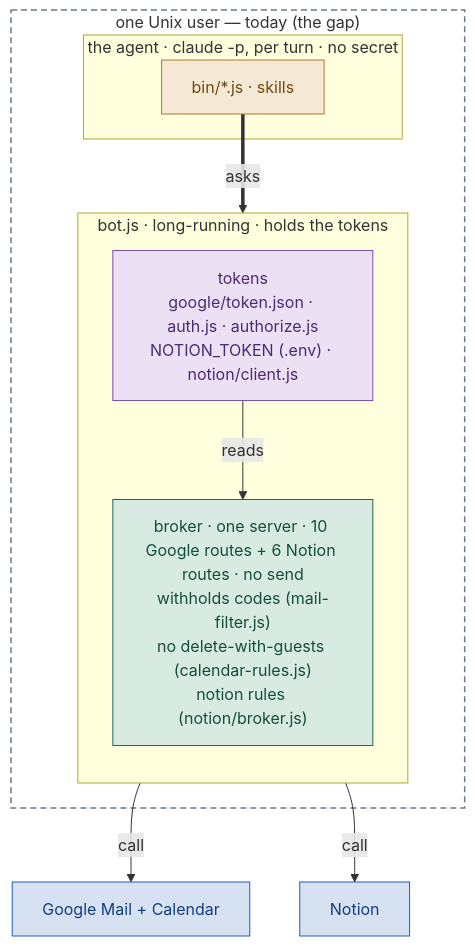
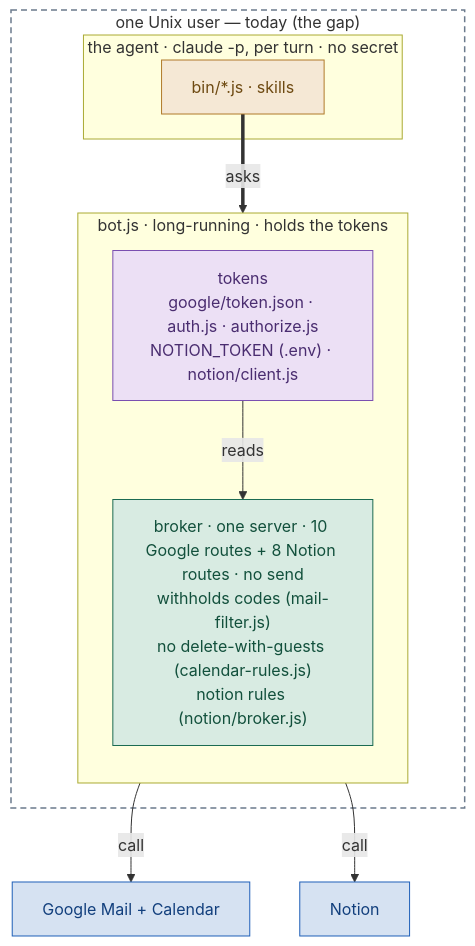
The second of 3 diagrams in SYSTEM-MAP.md (KubaJerz/alfred-node), drawn with Mermaid before and after one commit. The commit also changed other lines of this file and 9 other files, not shown here.

````diff
--- a/SYSTEM-MAP.md
+++ b/SYSTEM-MAP.md
@@ -103,27 +103,27 @@
 ```mermaid
 flowchart TD
     subgraph HOST["one Unix user — today (the gap)"]
         subgraph BOT["bot.js · long-running · holds the tokens"]
             direction TB
             TOK["tokens<br/>google/token.json · auth.js · authorize.js<br/>NOTION_TOKEN (.env) · notion/client.js"]
-            BR["broker · one server · 10 Google routes + 6 Notion routes · no send<br/>withholds codes (mail-filter.js)<br/>no delete-with-guests (calendar-rules.js)<br/>notion rules (notion/broker.js)"]
+            BR["broker · one server · 10 Google routes + 8 Notion routes · no send<br/>withholds codes (mail-filter.js)<br/>no delete-with-guests (calendar-rules.js)<br/>notion rules (notion/broker.js)"]
             TOK -->|"reads"| BR
         end
         subgraph AG["the agent · claude -p, per turn · no secret"]
             CLI["bin/*.js · skills"]
         end
         CLI ==>|"asks"| BR
     end
     BR -->|"call"| G["Google Mail + Calendar"]
     BR -->|"call"| N["Notion"]
     classDef gateway fill:#d8ebe2,stroke:#1b6b52,color:#12503c
     classDef external fill:#d6e2f2,stroke:#1f5fb8,color:#123f7d
     classDef secret fill:#ece0f5,stroke:#7a4fb0,color:#4a2d70
     classDef agent fill:#f5e8d5,stroke:#b07a2a,color:#6e4a12
     classDef gapbox fill:none,stroke:#6b7a8c,stroke-width:1.5px,stroke-dasharray:6 4
     class BR gateway
     class G,N external
     class TOK secret
     class CLI agent
     class HOST gapbox
 ```
````
